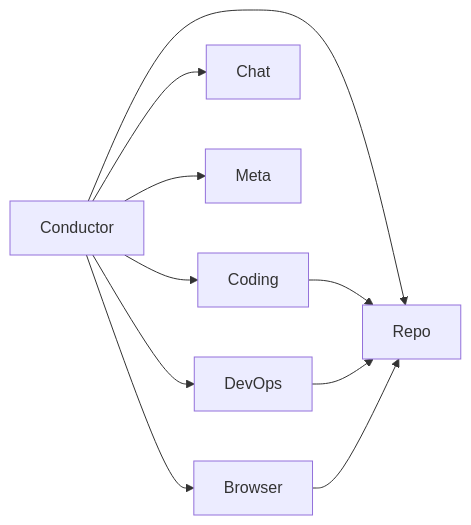
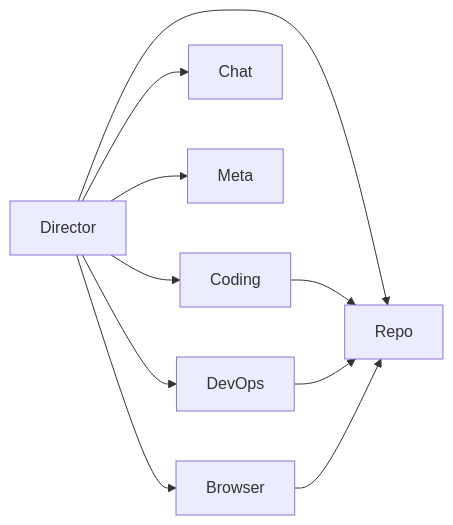
One commit to iohub/codeactor-agent changed the third of 10 diagrams in docs/ARCHITECTURE.md. Above: the diagram before and after it, drawn with Mermaid. The commit also changed other lines of this file and 46 other files, not shown here.

First line of the commit message:
refactor: rename Conductor Agent to Director Agent

````diff
--- a/docs/ARCHITECTURE.md
+++ b/docs/ARCHITECTURE.md
@@ -424,12 +424,12 @@
 ```mermaid
 graph LR
-    COND[Conductor] --> REPO[Repo]
+    COND[Director] --> REPO[Repo]
     COND --> CODE[Coding]
     COND --> CHAT[Chat]
     COND --> META[Meta]
     COND --> DEVOPS[DevOps]
     COND --> BR[Browser]
     CODE --> REPO
     DEVOPS --> REPO
     BR --> REPO
 ```
````
